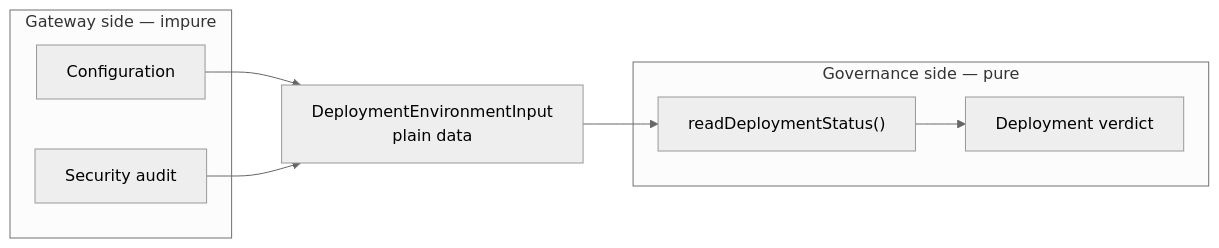
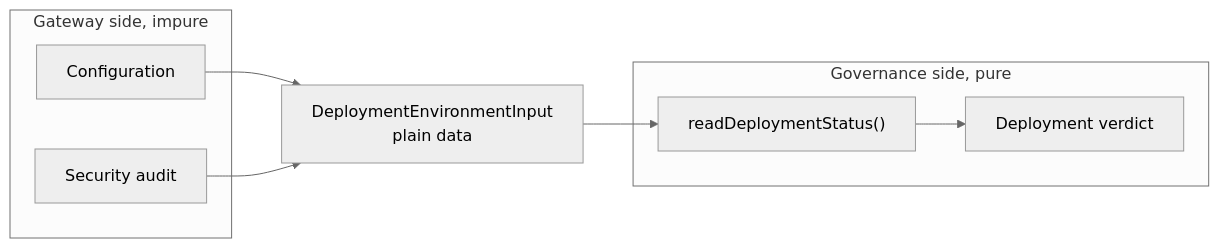
Before and after one commit to KinanRadaideh/openclaw-governance-layer: the seventh of 21 diagrams in docs-notes/FIGURES.md, drawn with Mermaid (neutral theme). The commit also changed other lines of this file and 245 other files, not shown here.

````diff
--- a/docs-notes/FIGURES.md
+++ b/docs-notes/FIGURES.md
@@ -692,14 +692,14 @@
 ```mermaid
 flowchart LR
-  subgraph GW["Gateway side — impure"]
+  subgraph GW["Gateway side, impure"]
     CFG["Configuration"]
     SEC["Security audit"]
   end
-  subgraph GOV["Governance side — pure"]
+  subgraph GOV["Governance side, pure"]
     FN["readDeploymentStatus()"]
     OUT["Deployment verdict"]
   end
   CFG --> IN["DeploymentEnvironmentInput<br/>plain data"]
   SEC --> IN
   IN --> FN --> OUT
 ```
````
